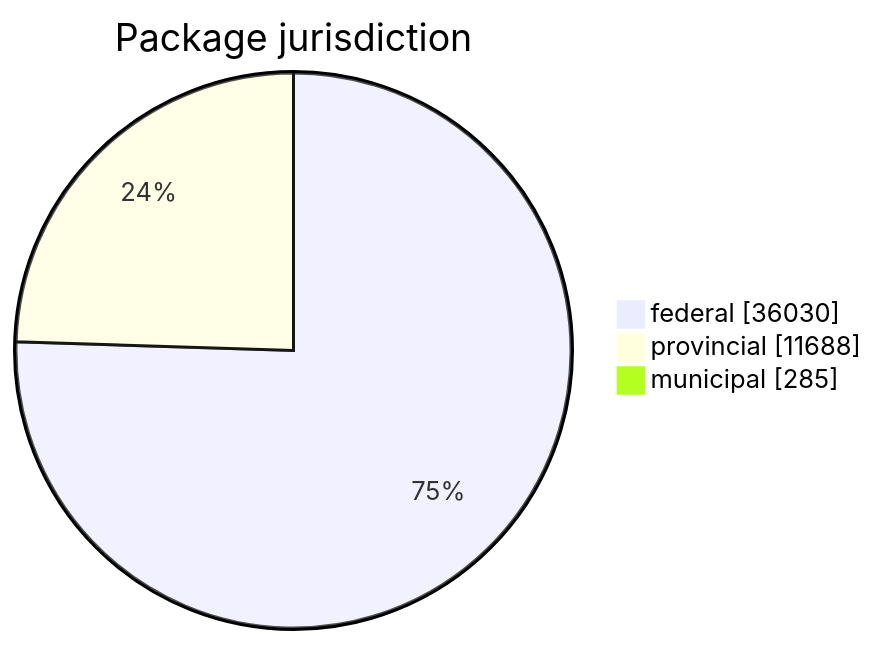
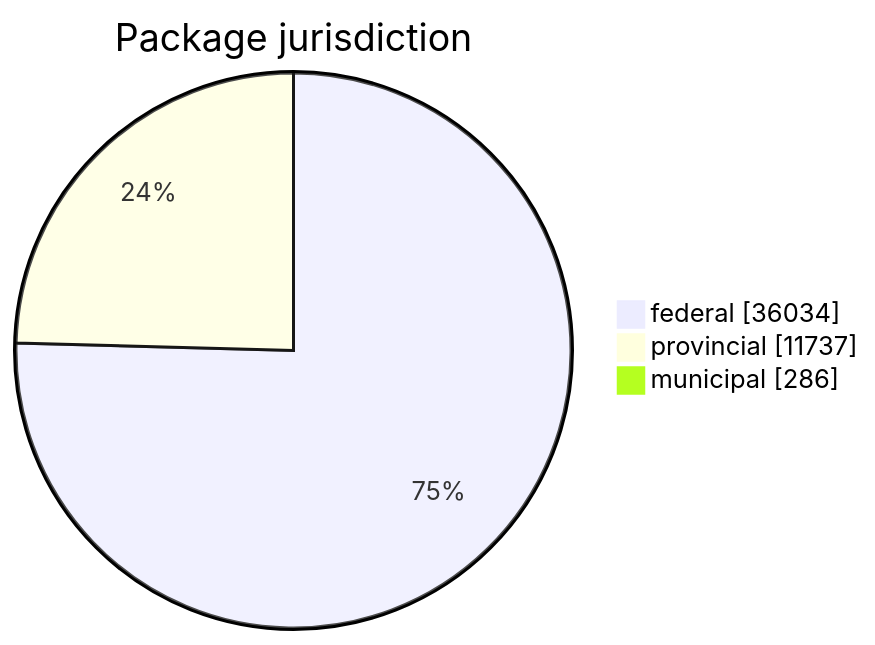
Before and after one commit to open-data/analytics-corporate-reporting: the first of 5 diagrams in FreshCheck/README.md, drawn with Mermaid. The commit also changed other lines of this file and 3 other files, not shown here.

````diff
--- a/FreshCheck/README.md
+++ b/FreshCheck/README.md
@@ -60,6 +60,6 @@
 ```mermaid
 pie showData title Package jurisdiction
-    "federal": 36030
-    "provincial": 11688
-    "municipal": 285
+    "federal": 36034
+    "provincial": 11737
+    "municipal": 286
 ```
````
